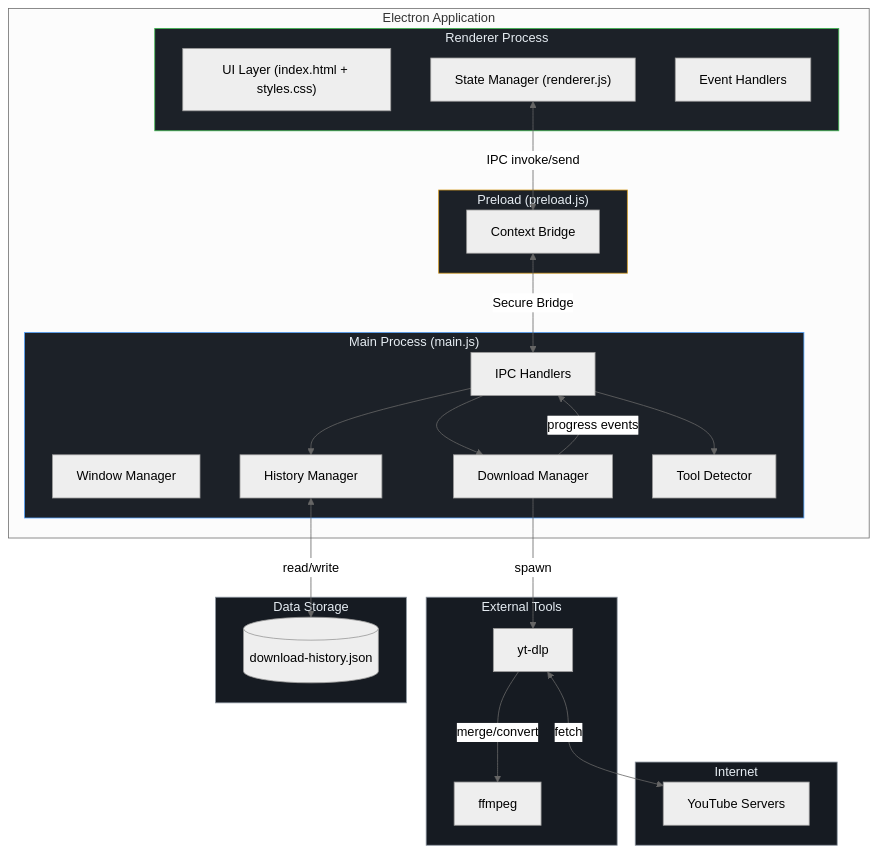
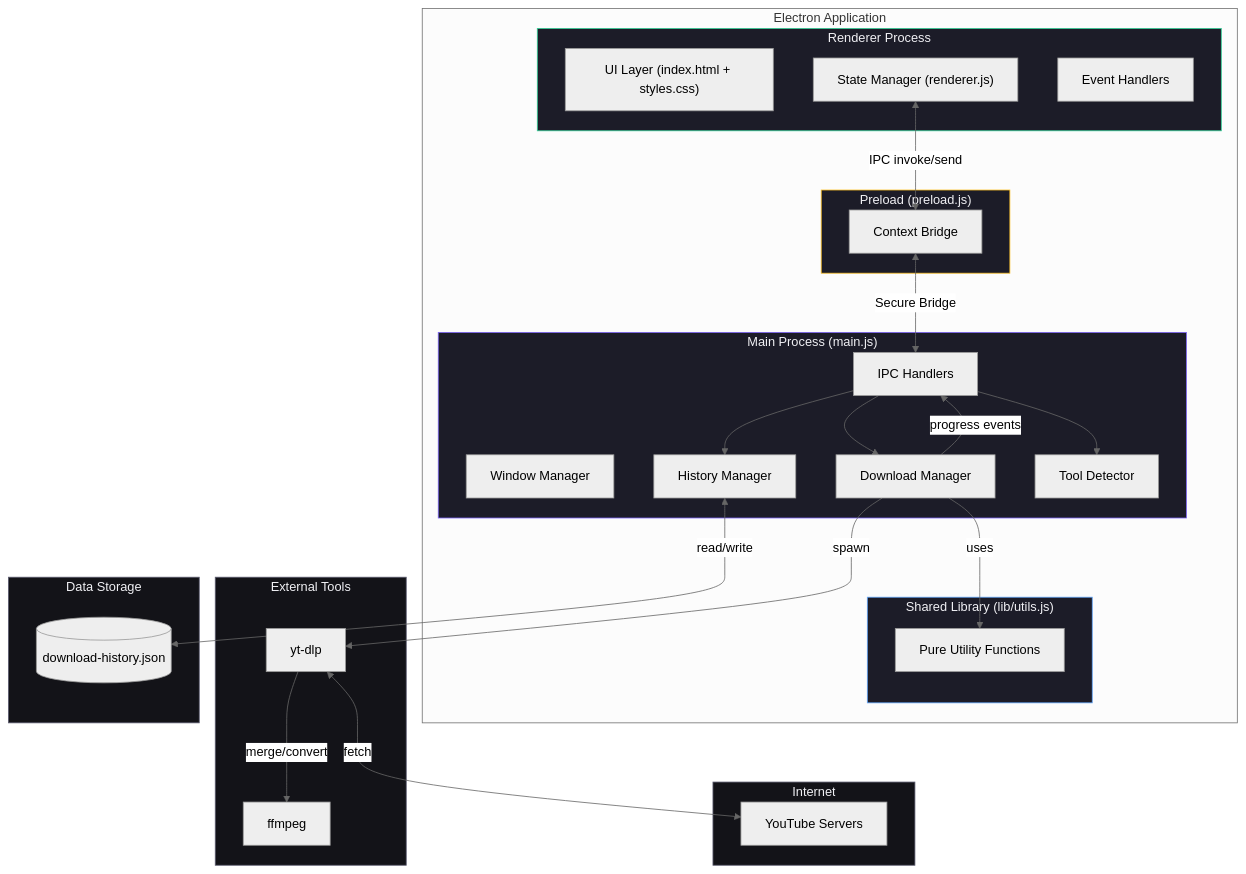
The first of 4 diagrams in README.md (rishat5081/youtube-video-downloader), drawn with Mermaid (neutral theme) before and after one commit. The commit also changed other lines of this file and 19 other files, not shown here.

````diff
--- a/README.md
+++ b/README.md
@@ -126,53 +161,59 @@
 ```mermaid
 graph TB
     subgraph Electron["Electron Application"]
         subgraph Main["Main Process (main.js)"]
             WM[Window Manager]
             IPC[IPC Handlers]
             DM[Download Manager]
             HM[History Manager]
             TD[Tool Detector]
         end
 
         subgraph Preload["Preload (preload.js)"]
             CB[Context Bridge]
         end
 
         subgraph Renderer["Renderer Process"]
             UI["UI Layer (index.html + styles.css)"]
             SM["State Manager (renderer.js)"]
             EH[Event Handlers]
+        end
+
+        subgraph Lib["Shared Library (lib/utils.js)"]
+            FN[Pure Utility Functions]
         end
     end
 
     subgraph External["External Tools"]
         YTDLP[yt-dlp]
         FFMPEG[ffmpeg]
     end
 
     subgraph Storage["Data Storage"]
         JSON[(download-history.json)]
     end
 
     subgraph Web["Internet"]
         YT[YouTube Servers]
     end
 
     SM <-->|"IPC invoke/send"| CB
     CB <-->|"Secure Bridge"| IPC
     IPC --> DM
     IPC --> HM
     IPC --> TD
+    DM -->|"uses"| FN
     DM -->|"spawn"| YTDLP
     YTDLP -->|"merge/convert"| FFMPEG
     YTDLP <-->|"fetch"| YT
     HM <-->|"read/write"| JSON
     DM -->|"progress events"| IPC
 
-    style Main fill:#1c2128,stroke:#58a6ff,color:#e6edf3
-    style Renderer fill:#1c2128,stroke:#3fb950,color:#e6edf3
-    style Preload fill:#1c2128,stroke:#d29922,color:#e6edf3
-    style External fill:#161b22,stroke:#8b949e,color:#e6edf3
-    style Storage fill:#161b22,stroke:#8b949e,color:#e6edf3
-    style Web fill:#161b22,stroke:#8b949e,color:#e6edf3
+    style Main fill:#1c1c28,stroke:#7c65f6,color:#f0f0f4
+    style Renderer fill:#1c1c28,stroke:#34d399,color:#f0f0f4
+    style Preload fill:#1c1c28,stroke:#fbbf24,color:#f0f0f4
+    style Lib fill:#1c1c28,stroke:#60a5fa,color:#f0f0f4
+    style External fill:#131318,stroke:#5c5c70,color:#f0f0f4
+    style Storage fill:#131318,stroke:#5c5c70,color:#f0f0f4
+    style Web fill:#131318,stroke:#5c5c70,color:#f0f0f4
 ```
````
